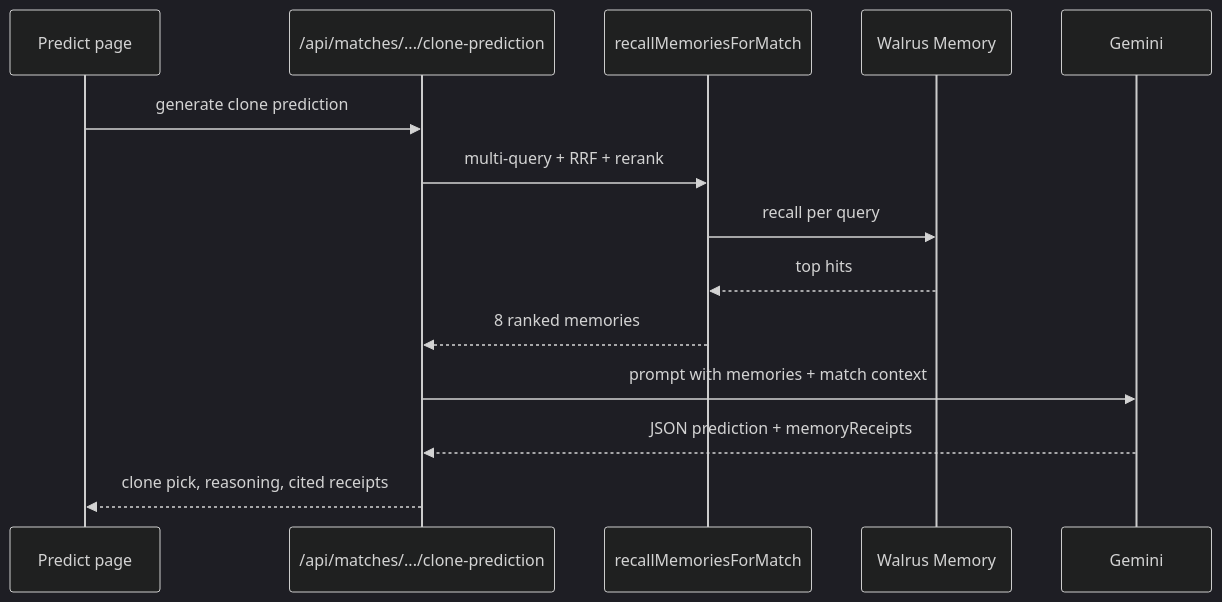
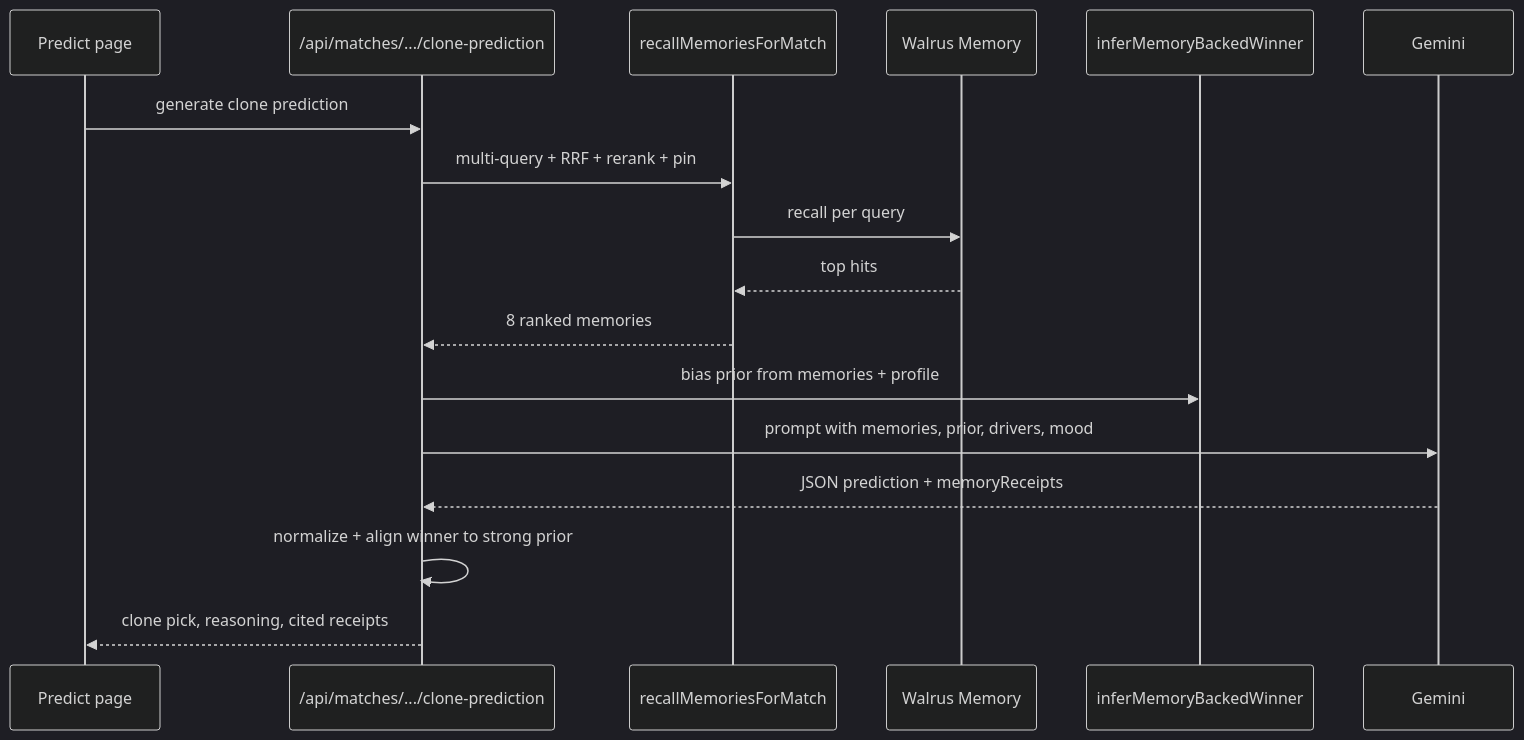
Before and after one commit to shery8595/Hool-Clone: the second of 2 diagrams in docs/how-it-works.md, drawn with Mermaid (dark theme). The commit also changed other lines of this file and 27 other files, not shown here.

````diff
--- a/docs/how-it-works.md
+++ b/docs/how-it-works.md
@@ -175,17 +175,20 @@
 ```mermaid
 sequenceDiagram
   participant UI as Predict page
   participant API as /api/matches/.../clone-prediction
   participant Recall as recallMemoriesForMatch
   participant Walrus as Walrus Memory
+  participant Prior as inferMemoryBackedWinner
   participant LLM as Gemini
 
   UI->>API: generate clone prediction
-  API->>Recall: multi-query + RRF + rerank
+  API->>Recall: multi-query + RRF + rerank + pin
   Recall->>Walrus: recall per query
   Walrus-->>Recall: top hits
   Recall-->>API: 8 ranked memories
-  API->>LLM: prompt with memories + match context
+  API->>Prior: bias prior from memories + profile
+  API->>LLM: prompt with memories, prior, drivers, mood
   LLM-->>API: JSON prediction + memoryReceipts
+  API->>API: normalize + align winner to strong prior
   API-->>UI: clone pick, reasoning, cited receipts
 ```
````
